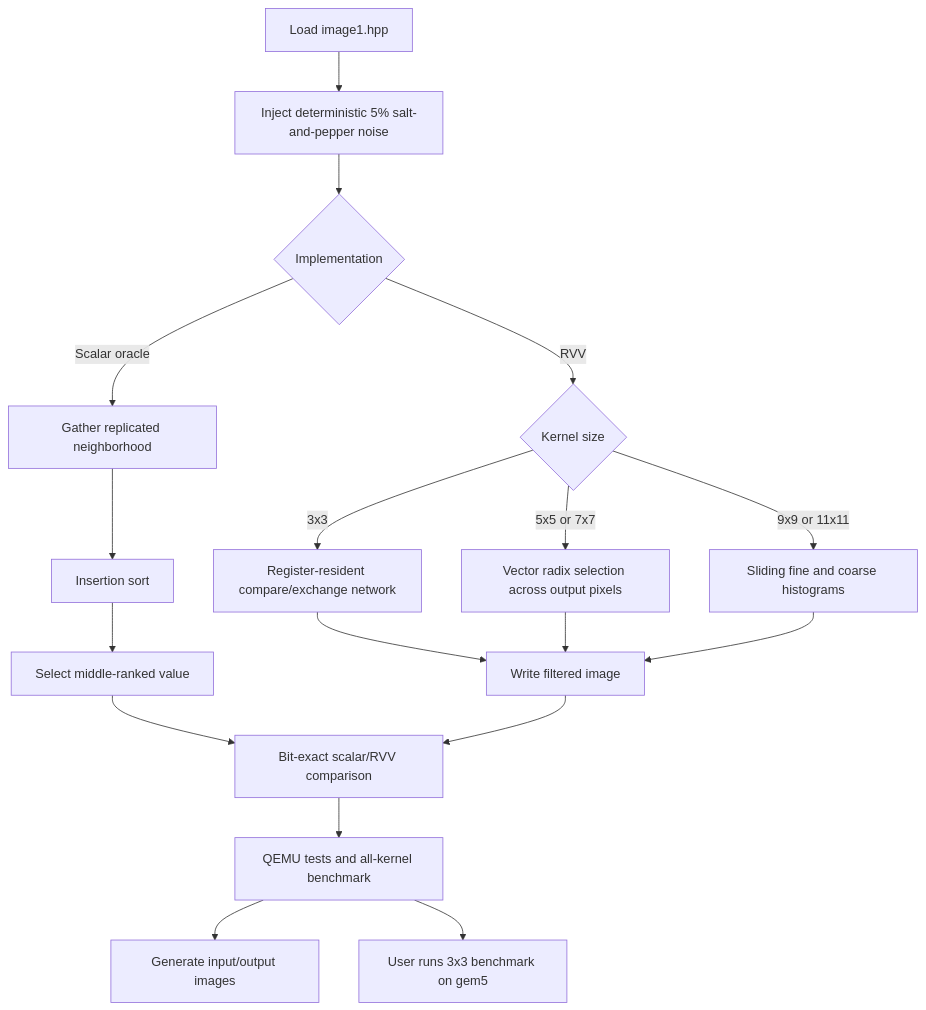
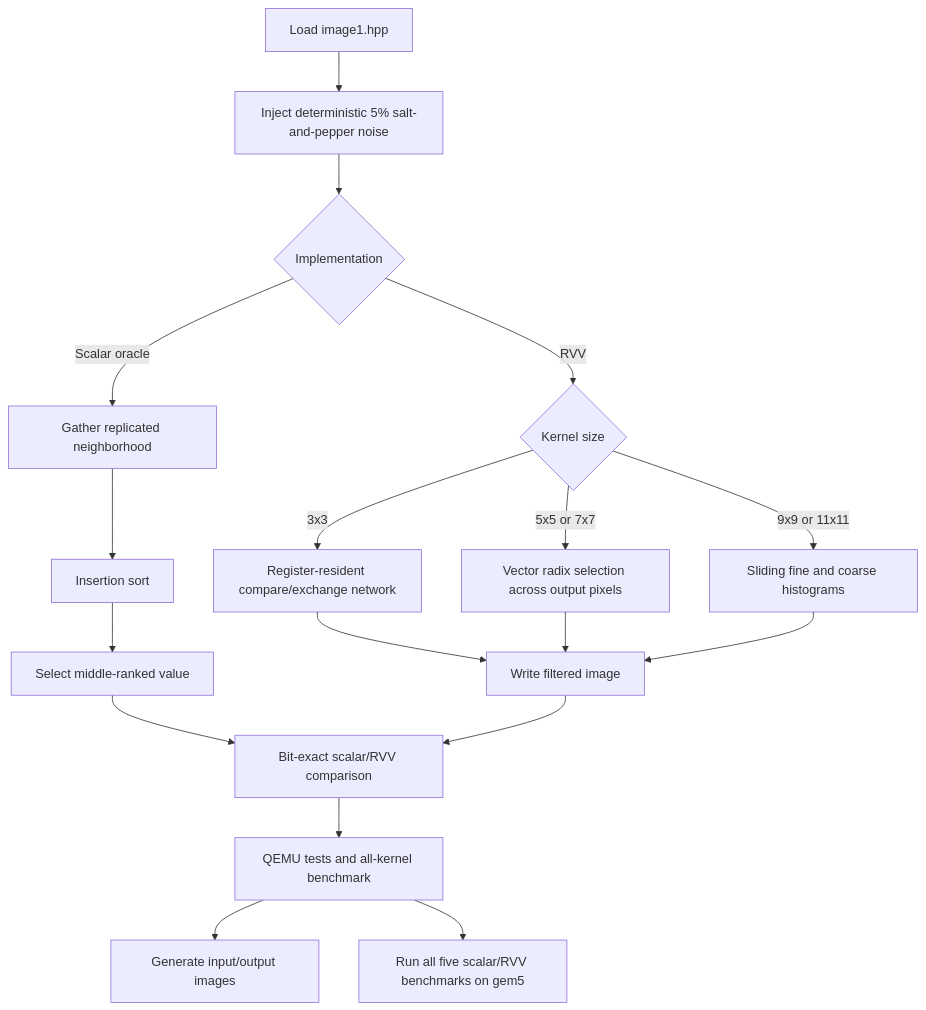
One commit to mohamedatef2001/RISCV_Academy changed the diagram in README.md. Above: the diagram before and after it, drawn with Mermaid. The commit also changed other lines of this file and 2 other files, not shown here.

````diff
--- a/README.md
+++ b/README.md
@@ -184,23 +184,23 @@
 ```mermaid
 flowchart TD
     A[Load image1.hpp] --> B[Inject deterministic 5% salt-and-pepper noise]
     B --> C{Implementation}
 
     C -->|Scalar oracle| D[Gather replicated neighborhood]
     D --> E[Insertion sort]
     E --> F[Select middle-ranked value]
 
     C -->|RVV| G{Kernel size}
     G -->|3x3| H[Register-resident compare/exchange network]
     G -->|5x5 or 7x7| I[Vector radix selection across output pixels]
     G -->|9x9 or 11x11| J[Sliding fine and coarse histograms]
 
     H --> K[Write filtered image]
     I --> K
     J --> K
     F --> L[Bit-exact scalar/RVV comparison]
     K --> L
     L --> M[QEMU tests and all-kernel benchmark]
     M --> N[Generate input/output images]
-    M --> O[User runs 3x3 benchmark on gem5]
+    M --> O[Run all five scalar/RVV benchmarks on gem5]
 ```
````
